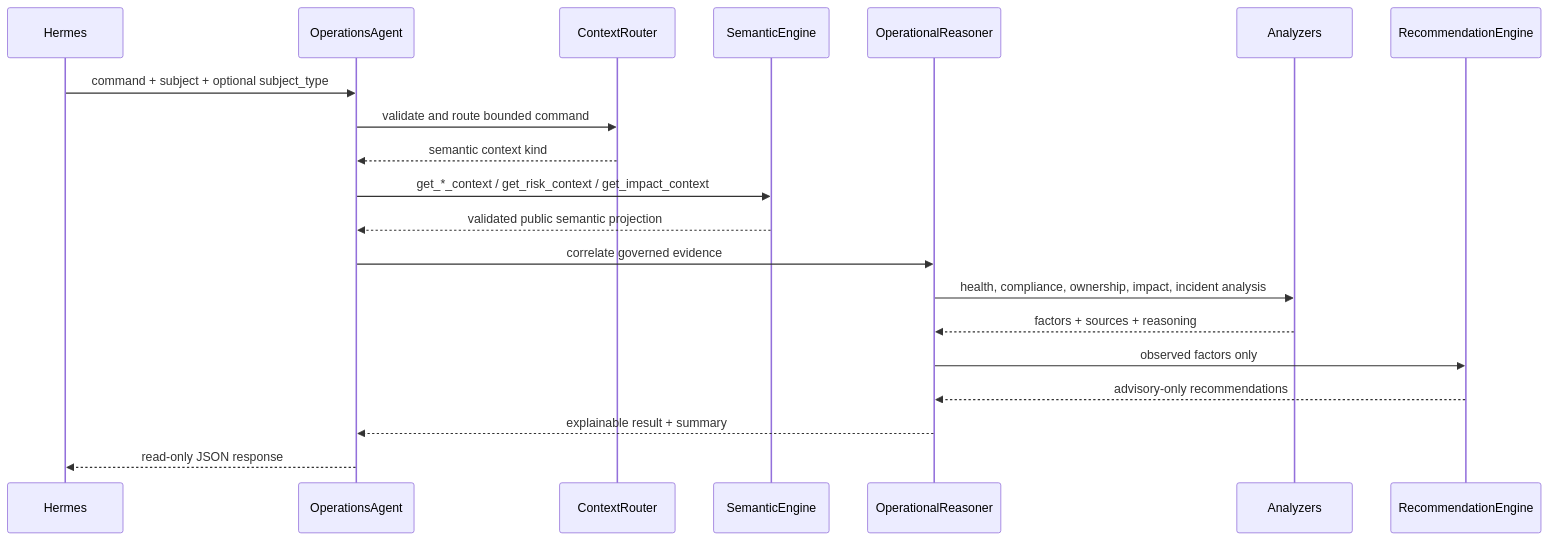
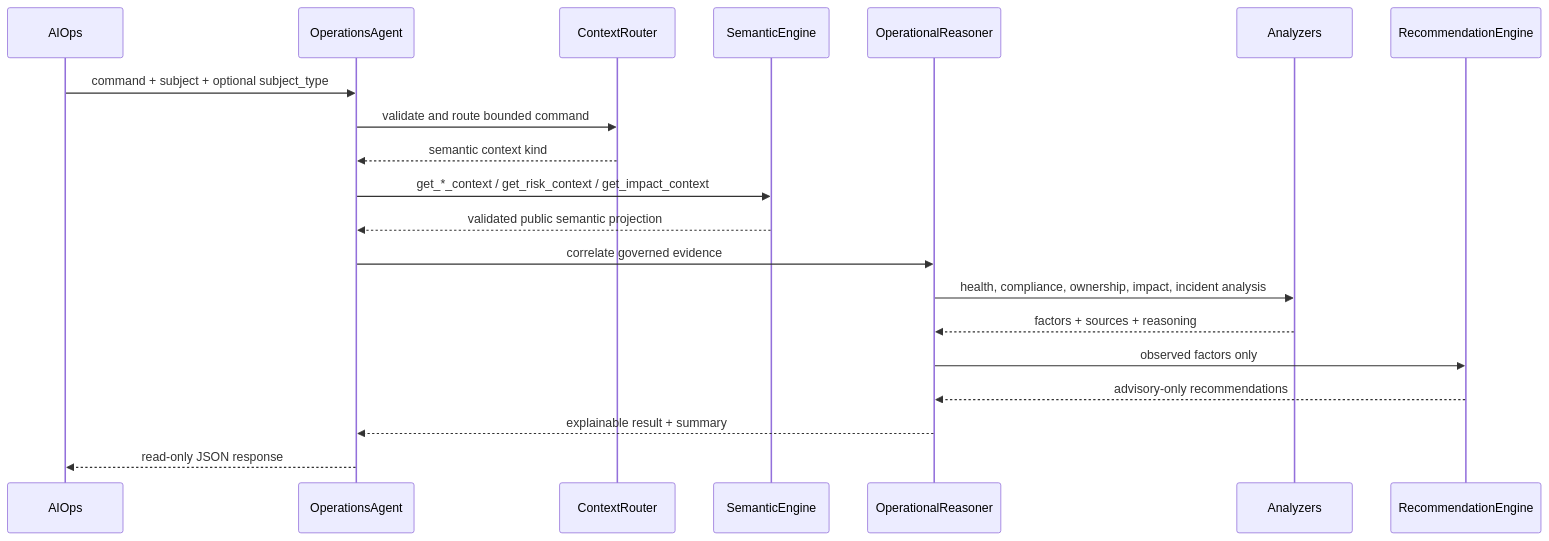
Before and after one commit to jasonpanggit/azure-aiops: the second of 3 diagrams in docs/operations-agent-architecture.md, drawn with Mermaid. The commit also changed other lines of this file and 493 other files, not shown here.

First line of the commit message:
refactor: rename Hermes to AIOps across the codebase

````diff
--- a/docs/operations-agent-architecture.md
+++ b/docs/operations-agent-architecture.md
@@ -39,23 +39,23 @@
 ```mermaid
 sequenceDiagram
-    participant H as Hermes
+    participant H as AIOps
     participant A as OperationsAgent
     participant R as ContextRouter
     participant S as SemanticEngine
     participant O as OperationalReasoner
     participant X as Analyzers
     participant E as RecommendationEngine
 
     H->>A: command + subject + optional subject_type
     A->>R: validate and route bounded command
     R-->>A: semantic context kind
     A->>S: get_*_context / get_risk_context / get_impact_context
     S-->>A: validated public semantic projection
     A->>O: correlate governed evidence
     O->>X: health, compliance, ownership, impact, incident analysis
     X-->>O: factors + sources + reasoning
     O->>E: observed factors only
     E-->>O: advisory-only recommendations
     O-->>A: explainable result + summary
     A-->>H: read-only JSON response
 ```
````
